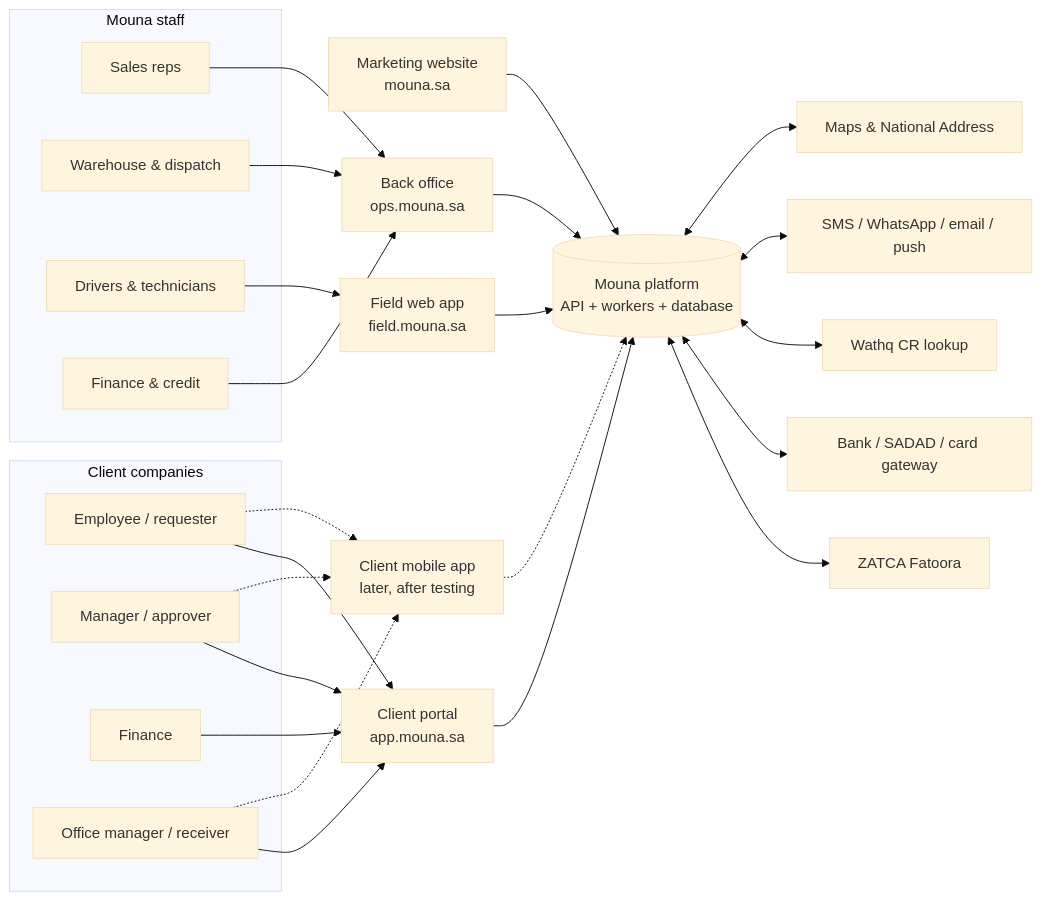
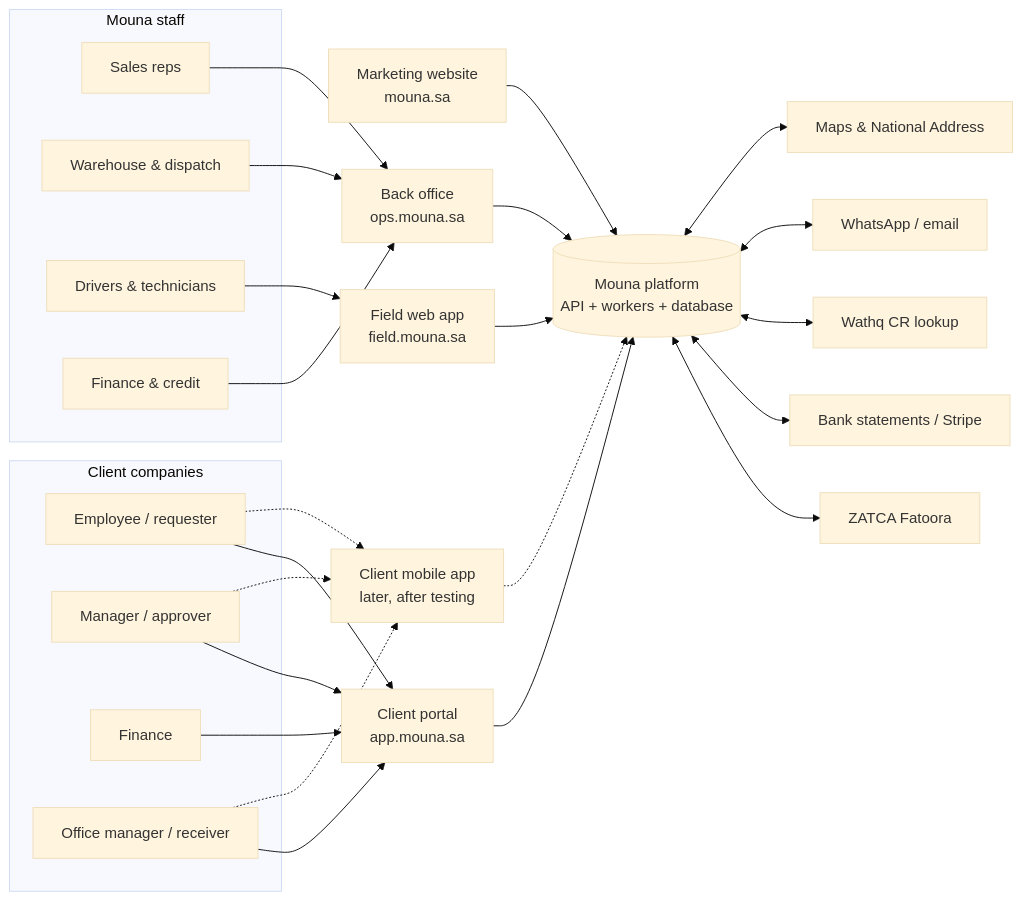
The diagram in docs/architecture/README.md (mostafakhzaghlol-web/mouna), drawn with Mermaid (base theme) before and after one commit. The commit also changed other lines of this file and 8 other files, not shown here.

First line of the commit message:
Use bank-statement matching, Stripe and WhatsApp in the design

````diff
--- a/docs/architecture/README.md
+++ b/docs/architecture/README.md
@@ -34,37 +35,37 @@
 ```mermaid
 flowchart LR
     subgraph Clients["Client companies"]
         REQ[Employee / requester]
         APP[Manager / approver]
         FIN[Finance]
         REC[Office manager / receiver]
     end
 
     subgraph Mouna["Mouna staff"]
         SALES[Sales reps]
         OPS[Warehouse & dispatch]
         DRV[Drivers & technicians]
         AR[Finance & credit]
     end
 
     WEB[Marketing website<br/>mouna.sa]
     PORTAL[Client portal<br/>app.mouna.sa]
     CAPP[Client mobile app<br/>later, after testing]
     BO[Back office<br/>ops.mouna.sa]
     DAPP[Field web app<br/>field.mouna.sa]
     API[(Mouna platform<br/>API + workers + database)]
 
     REQ & APP & FIN & REC --> PORTAL
     REQ & APP & REC -.-> CAPP
     SALES & OPS & AR --> BO
     DRV --> DAPP
     WEB --> API
     PORTAL & BO & DAPP --> API
     CAPP -.-> API
 
     API <--> ZATCA[ZATCA Fatoora]
-    API <--> BANK[Bank / SADAD / card gateway]
+    API <--> BANK[Bank statements / Stripe]
     API <--> WATHQ[Wathq CR lookup]
-    API <--> MSG[SMS / WhatsApp / email / push]
+    API <--> MSG[WhatsApp / email]
     API <--> MAPS[Maps & National Address]
 ```
````
